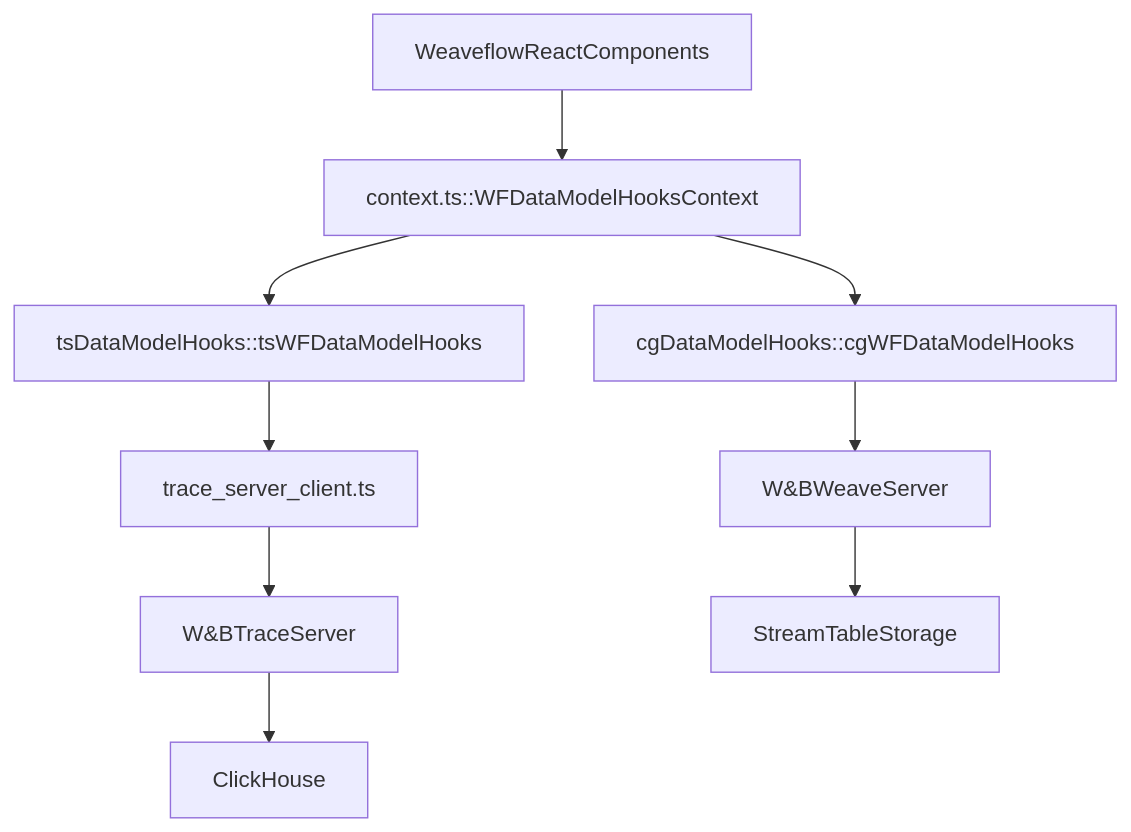
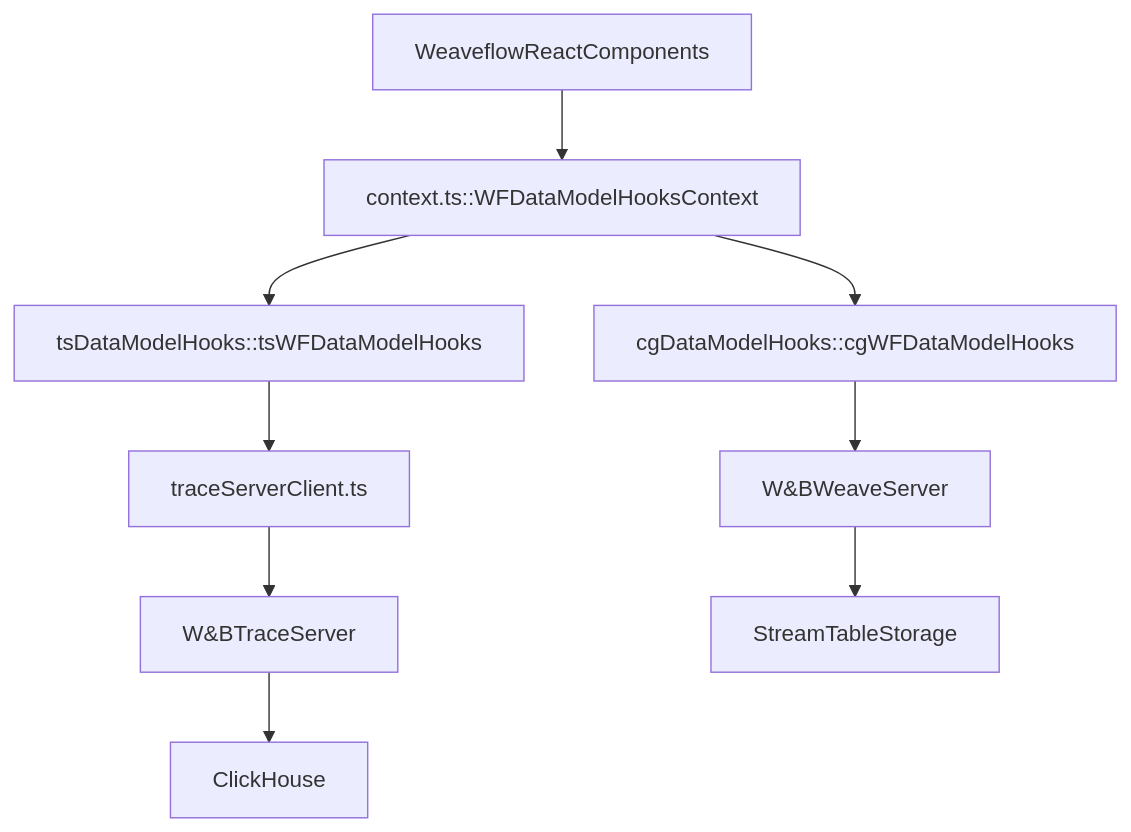
Before and after one commit to wandb/weave: the second of 3 diagrams in weave-js/src/components/PagePanelComponents/Home/Browse3/pages/wfReactInterface/README.md, drawn with Mermaid. The commit also changed other lines of this file and 3 other files, not shown here.

````diff
--- a/weave-js/src/components/PagePanelComponents/Home/Browse3/pages/wfReactInterface/README.md
+++ b/weave-js/src/components/PagePanelComponents/Home/Browse3/pages/wfReactInterface/README.md
@@ -16,6 +16,6 @@
 ```mermaid
 flowchart TD
     WeaveflowReactComponents --> context.ts::WFDataModelHooksContext
-    context.ts::WFDataModelHooksContext --> tsDataModelHooks::tsWFDataModelHooks --> trace_server_client.ts --> W&BTraceServer --> ClickHouse
+    context.ts::WFDataModelHooksContext --> tsDataModelHooks::tsWFDataModelHooks --> traceServerClient.ts --> W&BTraceServer --> ClickHouse
     context.ts::WFDataModelHooksContext --> cgDataModelHooks::cgWFDataModelHooks --> W&BWeaveServer --> StreamTableStorage
 ```
````
